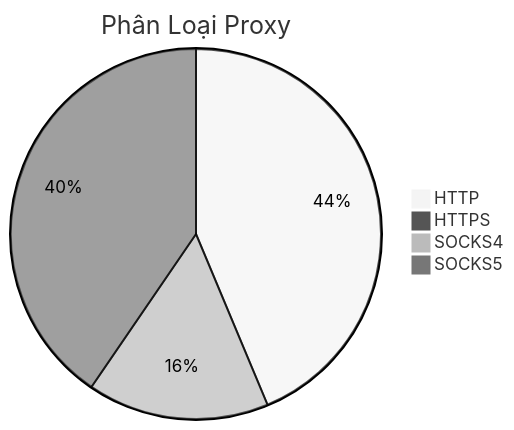
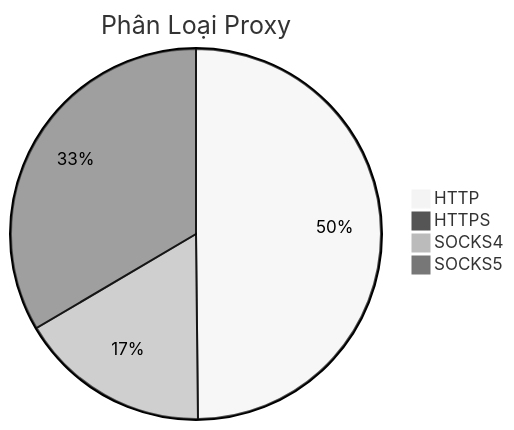
The diagram in README.md (Ciara-12/PROXY-free), drawn with Mermaid (neutral theme) before and after one commit. The commit also changed other lines of this file and 4 other files, not shown here.

````diff
--- a/README.md
+++ b/README.md
@@ -26,7 +26,7 @@
 ```mermaid
 pie title Phân Loại Proxy
-    "HTTP" : 1149
-    "HTTPS" : 1
-    "SOCKS4" : 417
-    "SOCKS5" : 1064
+    "HTTP" : 1463
+    "HTTPS" : 2
+    "SOCKS4" : 490
+    "SOCKS5" : 983
 ```
````
